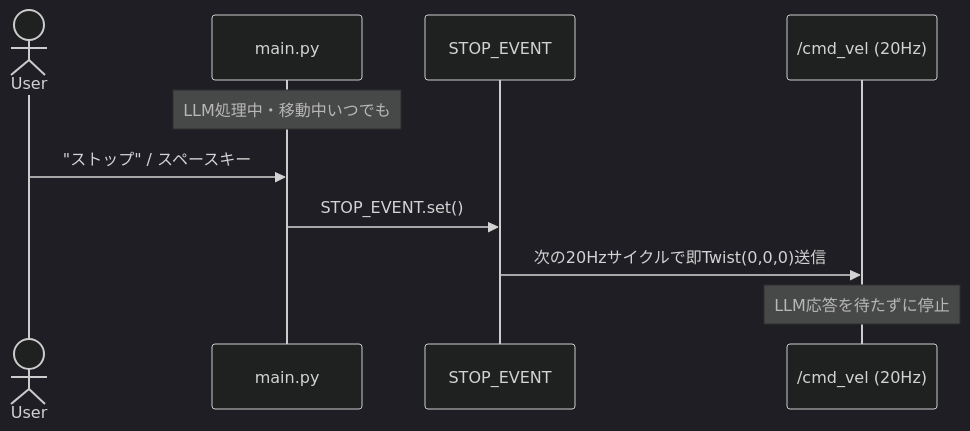
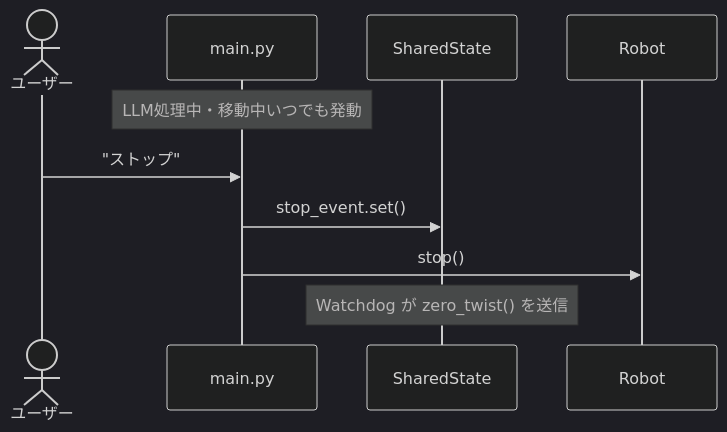
One commit to sato-susumu/susumu_agent changed the fifth of 10 diagrams in docs/Design.md. Above: the diagram before and after it, drawn with Mermaid (dark theme). The commit also changed other lines of this file and 18 other files, not shown here.

````diff
--- a/docs/Design.md
+++ b/docs/Design.md
@@ -451,13 +356,12 @@
 ```mermaid
 sequenceDiagram
-    actor User
+    actor User as ユーザー
     participant Main as main.py
-    participant SE as STOP_EVENT
-    participant ROS as /cmd_vel (20Hz)
+    participant State as SharedState
 
-    Note over Main: LLM処理中・移動中いつでも
-    User->>Main: "ストップ" / スペースキー
-    Main->>SE: STOP_EVENT.set()
-    SE->>ROS: 次の20Hzサイクルで即Twist(0,0,0)送信
-    Note over ROS: LLM応答を待たずに停止
+    Note over Main: LLM処理中・移動中いつでも発動
+    User->>Main: "ストップ"
+    Main->>State: stop_event.set()
+    Main->>Robot: stop()
+    Note over State: Watchdog が zero_twist() を送信
 ```
````
